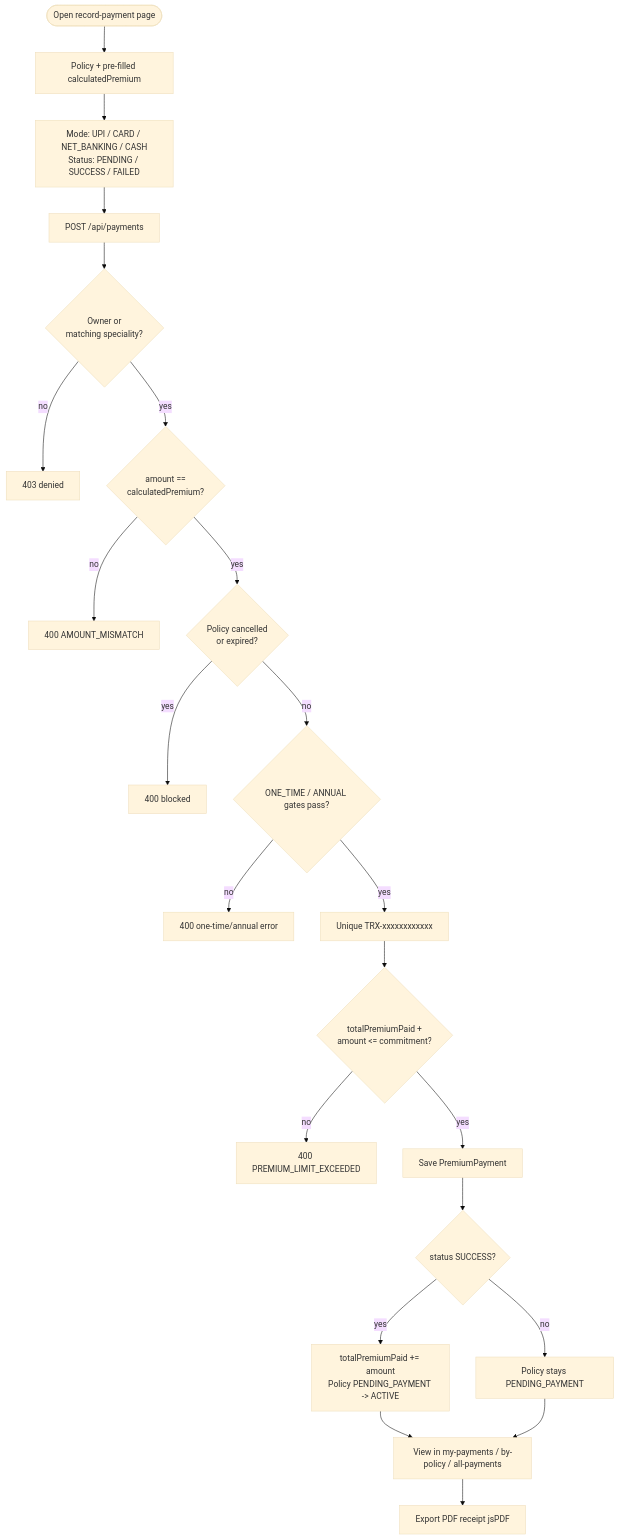
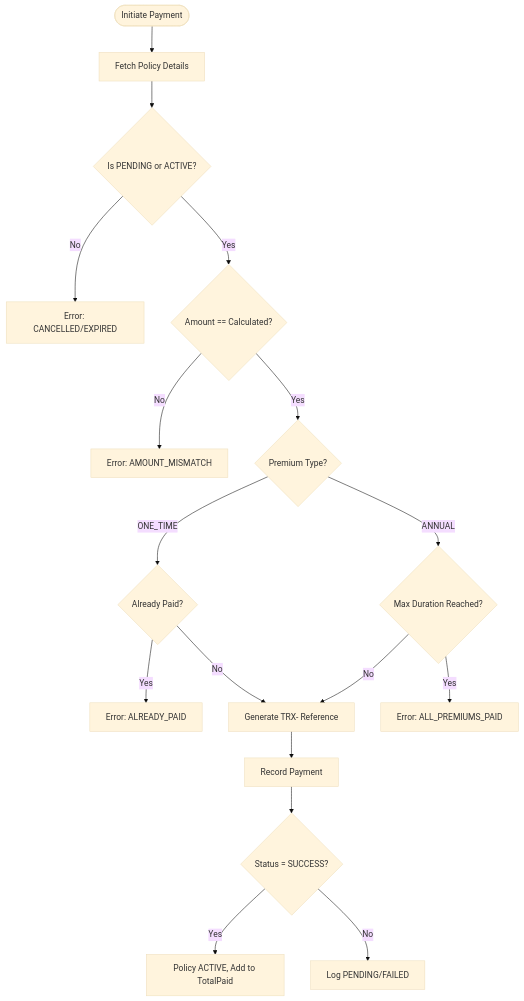
One commit to Gurry-12/insurance-policy-claim-capstone-project changed the first of 4 diagrams in docs/08_Workflows/Payment_Flow.md. Above: the diagram before and after it, drawn with Mermaid (base theme). The commit also changed other lines of this file and 86 other files, not shown here.

````diff
--- a/docs/08_Workflows/Payment_Flow.md
+++ b/docs/08_Workflows/Payment_Flow.md
@@ -72,24 +26,25 @@
 ```mermaid
 flowchart TD
-    Start([Open record-payment page]) --> Select[Policy + pre-filled calculatedPremium]
-    Select --> Input[Mode: UPI / CARD / NET_BANKING / CASH\nStatus: PENDING / SUCCESS / FAILED]
-    Input --> Post[POST /api/payments]
-    Post --> Own{Owner or\nmatching speciality?}
-    Own -- no --> Deny[403 denied]
-    Own -- yes --> Exact{amount ==\ncalculatedPremium?}
-    Exact -- no --> Mismatch[400 AMOUNT_MISMATCH]
-    Exact -- yes --> PolicyStatus{Policy cancelled\nor expired?}
-    PolicyStatus -- yes --> Blocked[400 blocked]
-    PolicyStatus -- no --> TypeGate{ONE_TIME / ANNUAL gates pass?}
-    TypeGate -- no --> GateErr[400 one-time/annual error]
-    TypeGate -- yes --> Trx[Unique TRX-xxxxxxxxxxxx]
-    Trx --> Cap{totalPremiumPaid +\namount <= commitment?}
-    Cap -- no --> CapErr[400 PREMIUM_LIMIT_EXCEEDED]
-    Cap -- yes --> Save[Save PremiumPayment]
-    Save --> IsSuccess{status SUCCESS?}
-    IsSuccess -- yes --> Activate[totalPremiumPaid += amount\nPolicy PENDING_PAYMENT -> ACTIVE]
-    IsSuccess -- no --> Stay[Policy stays PENDING_PAYMENT]
-    Activate --> History[View in my-payments / by-policy / all-payments]
-    Stay --> History
-    History --> Pdf[Export PDF receipt jsPDF]
+    Start([Initiate Payment]) --> GetPolicy[Fetch Policy Details]
+    GetPolicy --> ValStatus{Is PENDING or ACTIVE?}
+    
+    ValStatus -- No --> FailStatus[Error: CANCELLED/EXPIRED]
+    ValStatus -- Yes --> ValAmt{Amount == Calculated?}
+    
+    ValAmt -- No --> FailAmt[Error: AMOUNT_MISMATCH]
+    ValAmt -- Yes --> CheckType{Premium Type?}
+    
+    CheckType -- ONE_TIME --> ValOne{Already Paid?}
+    ValOne -- Yes --> FailOne[Error: ALREADY_PAID]
+    ValOne -- No --> GenTRX
+    
+    CheckType -- ANNUAL --> ValAnn{Max Duration Reached?}
+    ValAnn -- Yes --> FailAnn[Error: ALL_PREMIUMS_PAID]
+    ValAnn -- No --> GenTRX
+    
+    GenTRX[Generate TRX- Reference] --> Record[Record Payment]
+    Record --> IsSuccess{Status = SUCCESS?}
+    
+    IsSuccess -- Yes --> Activate[Policy ACTIVE, Add to TotalPaid]
+    IsSuccess -- No --> LogFailed[Log PENDING/FAILED]
 ```
````
